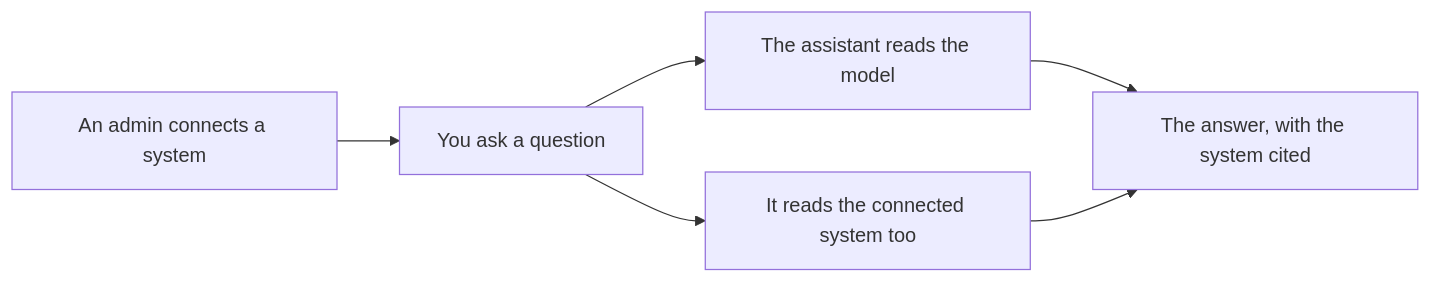
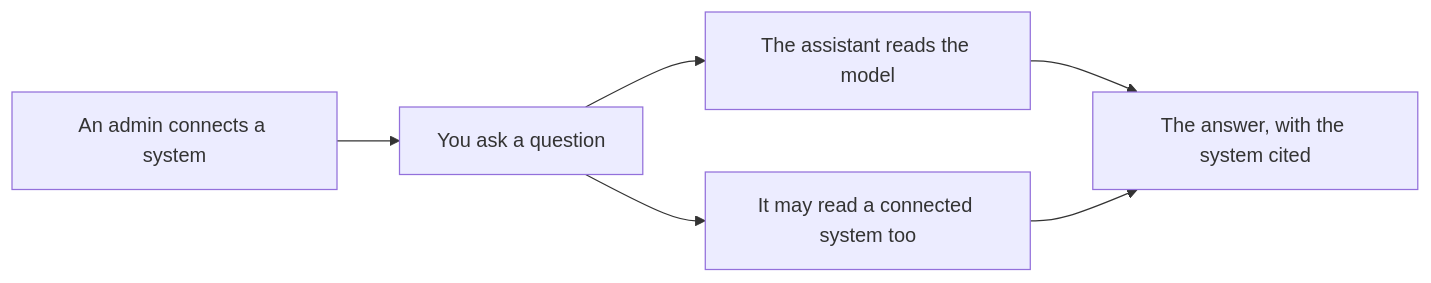
The diagram in docs/guide/screens/systems.md (roanboc/dbx-enterprise-architecture), drawn with Mermaid before and after one commit. The commit also changed other lines of this file and 13 other files, not shown here.

First line of the commit message:
docs(guide): every screen's help checked against the code, and the product drawn in one plain flow

````diff
--- a/docs/guide/screens/systems.md
+++ b/docs/guide/screens/systems.md
@@ -34,8 +34,8 @@
 ```mermaid
 flowchart LR
   a["An admin connects a system"] --> b["You ask a question"]
   b --> c["The assistant reads the model"]
-  b --> d["It reads the connected system too"]
+  b --> d["It may read a connected system too"]
   c --> e["The answer, with the system cited"]
   d --> e
 ```
````
